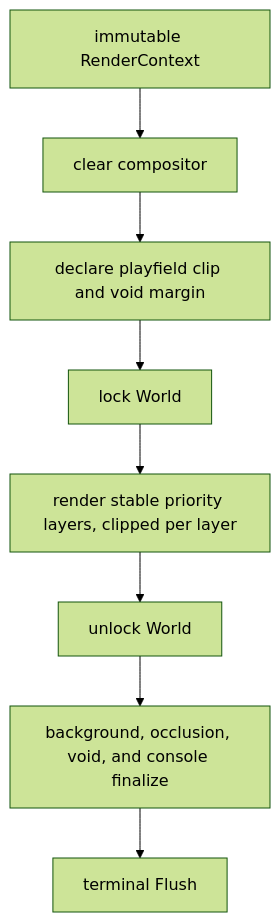
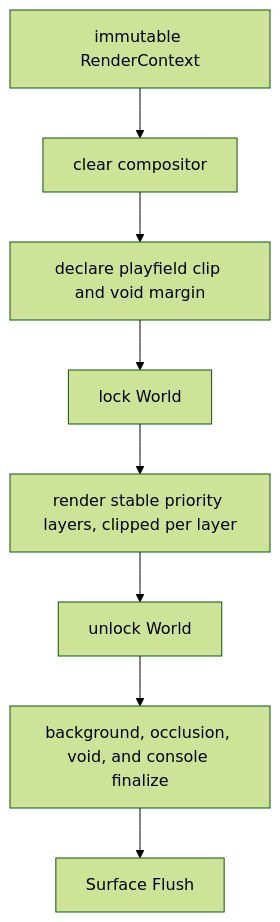
One commit to lixenwraith/vif changed the first of 2 diagrams in doc/rendering.md. Above: the diagram before and after it, drawn with Mermaid (forest theme). The commit also changed other lines of this file and 23 other files, not shown here.

````diff
--- a/doc/rendering.md
+++ b/doc/rendering.md
@@ -11,10 +11,10 @@
 ```mermaid
 flowchart TD
     Context["immutable RenderContext"] --> Clear["clear compositor"]
     Clear --> Clip["declare playfield clip and void margin"]
     Clip --> Lock["lock World"]
     Lock --> Layers["render stable priority layers, clipped per layer"]
     Layers --> Unlock["unlock World"]
     Unlock --> Finalize["background, occlusion, void, and console finalize"]
-    Finalize --> Flush["terminal Flush"]
+    Finalize --> Flush["Surface Flush"]
 ```
````
